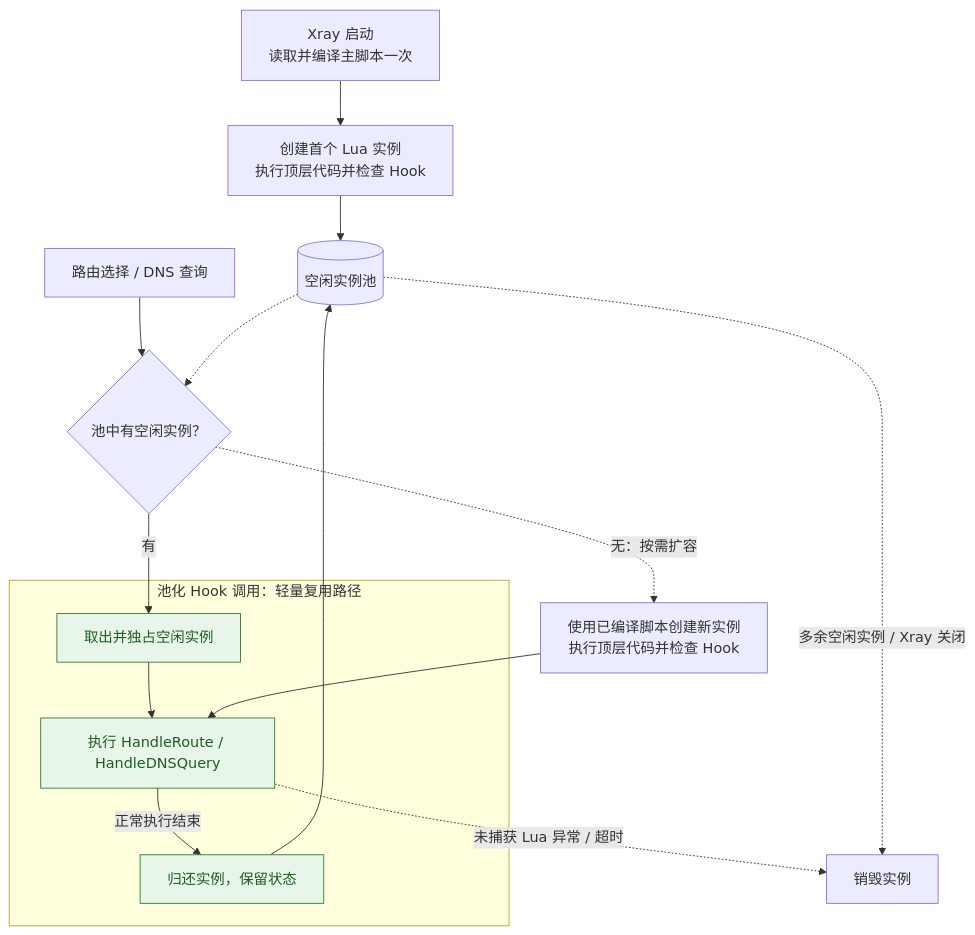
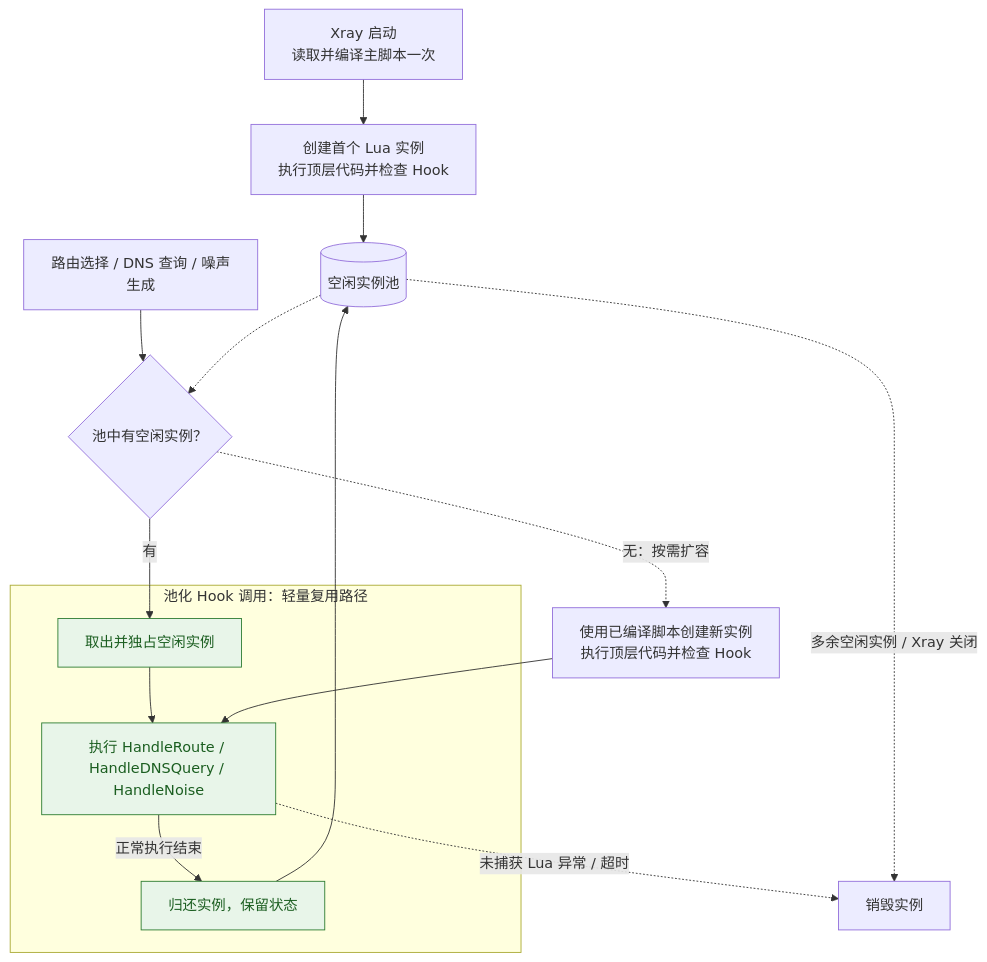
One commit to XTLS/Xray-docs-next changed the diagram in docs/development/lua/guide/lifecycle.md. Above: the diagram before and after it, drawn with Mermaid. The commit also changed other lines of this file and 17 other files, not shown here.

````diff
--- a/docs/development/lua/guide/lifecycle.md
+++ b/docs/development/lua/guide/lifecycle.md
@@ -23,22 +25,22 @@
 ```mermaid
 flowchart TD
     LOAD["Xray 启动<br/>读取并编译主脚本一次"] --> INIT["创建首个 Lua 实例<br/>执行顶层代码并检查 Hook"]
     INIT --> POOL[("空闲实例池")]
 
     subgraph CALL["池化 Hook 调用：轻量复用路径"]
-        TAKE["取出并独占空闲实例"] --> RUN["执行 HandleRoute / HandleDNSQuery"]
+        TAKE["取出并独占空闲实例"] --> RUN["执行 HandleRoute / HandleDNSQuery / HandleNoise"]
         RUN -->|正常执行结束| PUT["归还实例，保留状态"]
     end
 
-    REQUEST["路由选择 / DNS 查询"] --> AVAILABLE{"池中有空闲实例？"}
+    REQUEST["路由选择 / DNS 查询 / 噪声生成"] --> AVAILABLE{"池中有空闲实例？"}
     POOL -.-> AVAILABLE
     AVAILABLE -->|有| TAKE
     PUT --> POOL
     AVAILABLE -. 无：按需扩容 .-> CREATE["使用已编译脚本创建新实例<br/>执行顶层代码并检查 Hook"]
     CREATE --> RUN
     RUN -. 未捕获 Lua 异常 / 超时 .-> DESTROY["销毁实例"]
     POOL -. 多余空闲实例 / Xray 关闭 .-> DESTROY
 
     classDef reuse fill:#e8f5e9,stroke:#2e7d32,color:#1b5e20
     class TAKE,RUN,PUT reuse
 ```
````
